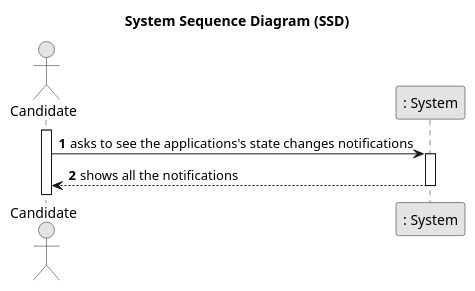
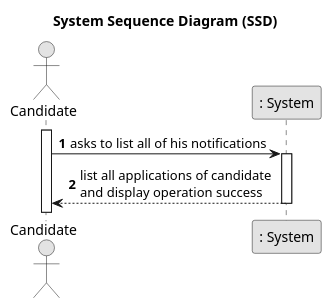
One commit to MiguelCardoso77/LAPR4 changed the diagram in docs/SprintC/2-state-change-notification/system-sequence-diagram.puml. Above: the diagram before and after it, drawn with PlantUML. The commit also changed 7 other files, not shown here.

```diff
--- a/docs/SprintC/2-state-change-notification/system-sequence-diagram.puml
+++ b/docs/SprintC/2-state-change-notification/system-sequence-diagram.puml
@@ -1,23 +1,23 @@
 @startuml
 'https://plantuml.com/sequence-diagram
 
 skinparam monochrome true
 skinparam packageStyle rectangle
 skinparam shadowing false
 
 title System Sequence Diagram (SSD)
 
 autonumber
 
 actor "Candidate" as C
 participant ": System" as S
 
 activate C
 
-    C -> S: asks to see the applications's state changes notifications
+    C -> S: asks to list all of his notifications
     activate S
 
-        S --> C : shows all the notifications
+        S --> C : list all applications of candidate \nand display operation success
         deactivate S
 
 @enduml
```
